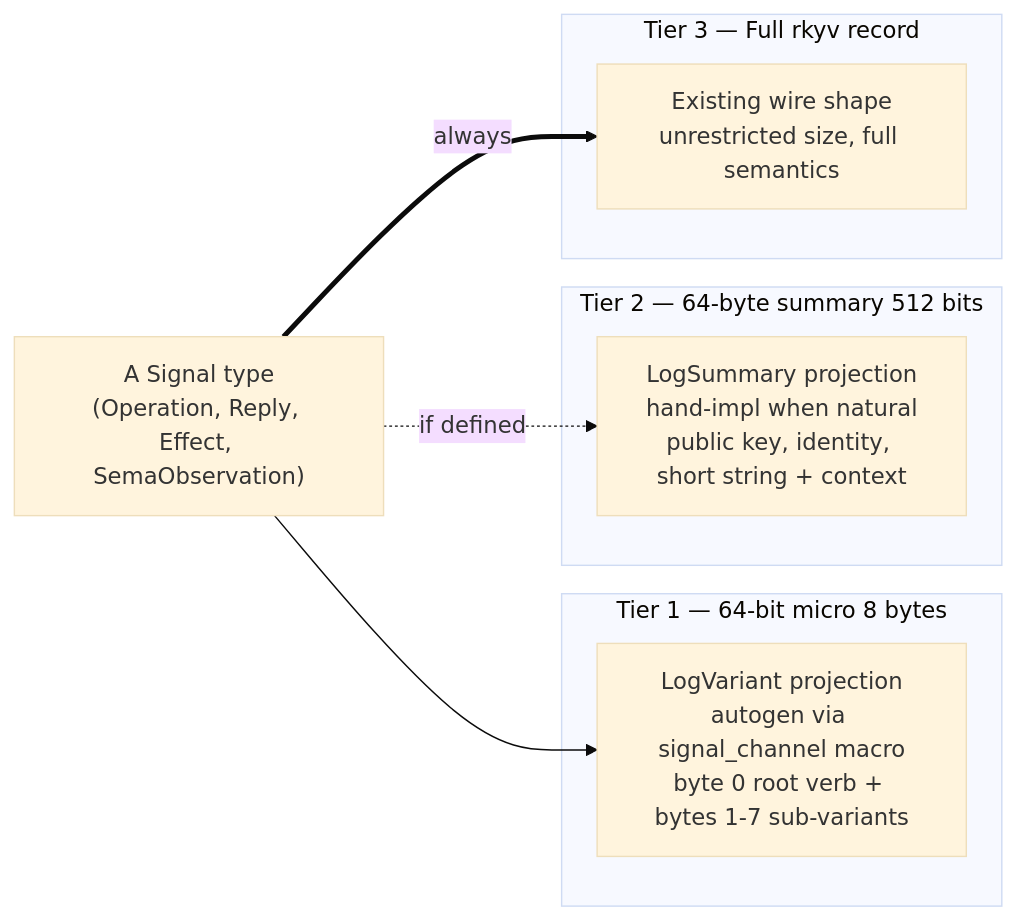
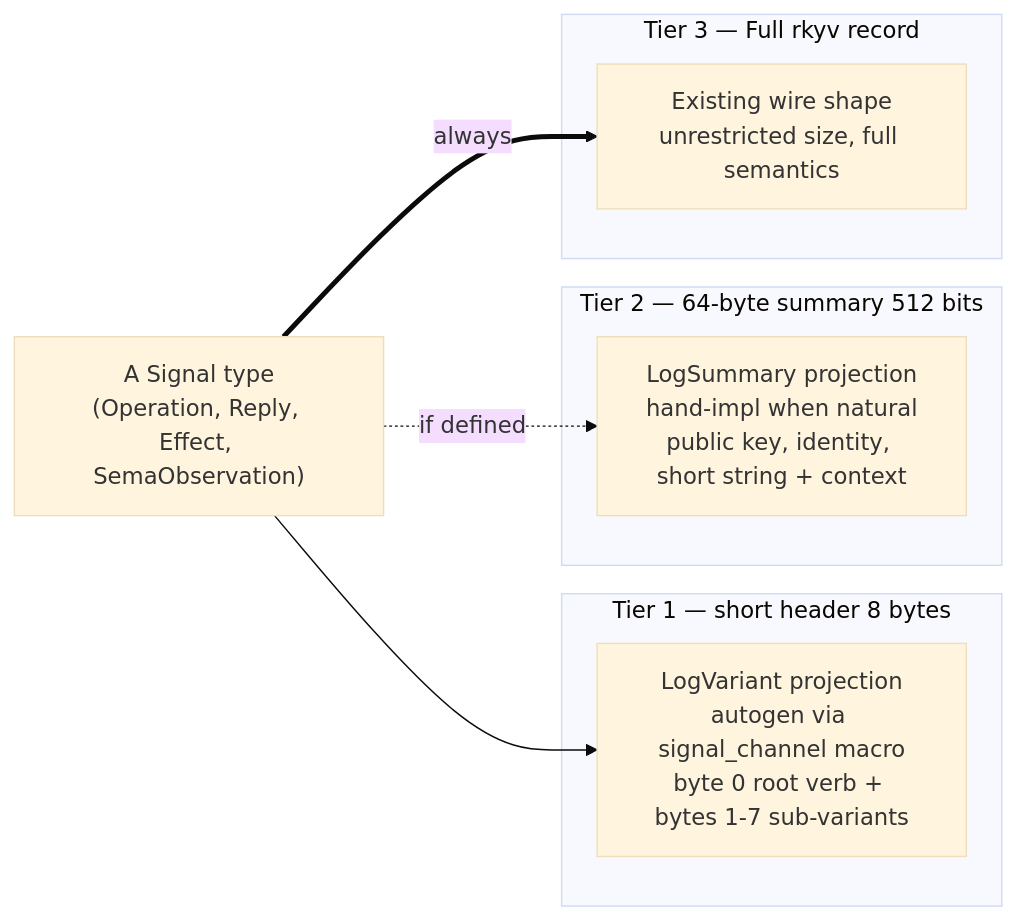
The second of 5 diagrams in ARCHITECTURE.md (LiGoldragon/signal-frame), drawn with Mermaid (base theme) before and after one commit. The commit also changed other lines of this file and 4 other files, not shown here.

Commit message:
signal-frame: add frame short header

````diff
--- a/ARCHITECTURE.md
+++ b/ARCHITECTURE.md
@@ -220,20 +224,20 @@
 ```mermaid
 flowchart LR
     signal_type["A Signal type<br/>(Operation, Reply, Effect, SemaObservation)"]
 
-    subgraph tier_one [Tier 1 — 64-bit micro 8 bytes]
+    subgraph tier_one [Tier 1 — short header 8 bytes]
         tier_one_node["LogVariant projection<br/>autogen via signal_channel macro<br/>byte 0 root verb + bytes 1-7 sub-variants"]
     end
 
     subgraph tier_two [Tier 2 — 64-byte summary 512 bits]
         tier_two_node["LogSummary projection<br/>hand-impl when natural<br/>public key, identity, short string + context"]
     end
 
     subgraph tier_three [Tier 3 — Full rkyv record]
         tier_three_node["Existing wire shape<br/>unrestricted size, full semantics"]
     end
 
     signal_type --> tier_one_node
     signal_type -.->|if defined| tier_two_node
     signal_type ==>|always| tier_three_node
 ```
````
